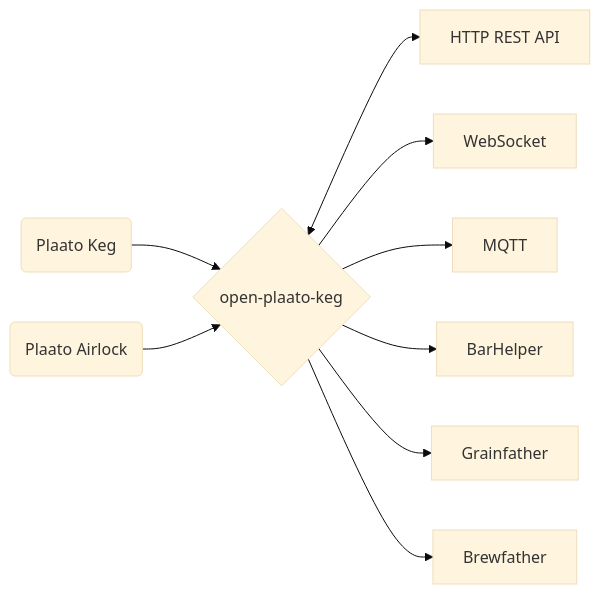
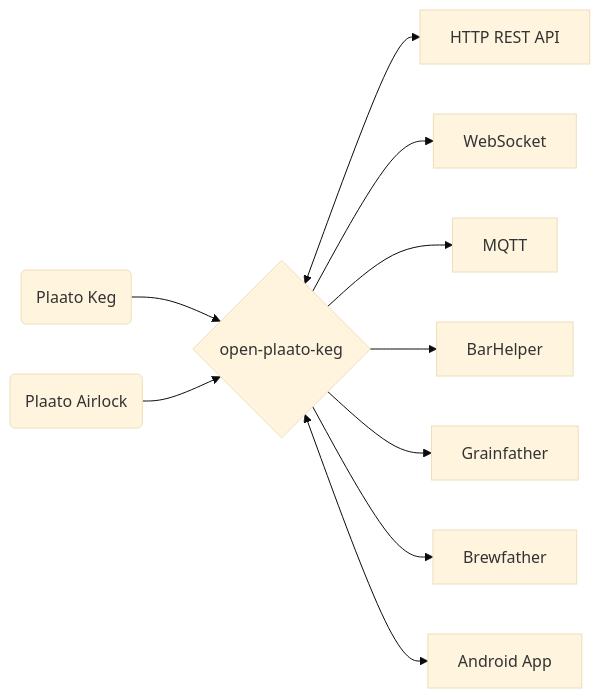
Before and after one commit to DarkJaeger/open-plaato-keg: the second of 2 diagrams in README.md, drawn with Mermaid (base theme). The commit also changed other lines of this file, not shown here.

Commit message:
docs: update README with tap list, beverages, Brewfather, airlock setup, and Android app

````diff
--- a/README.md
+++ b/README.md
@@ -31,11 +32,12 @@
 ```mermaid
 graph LR
     A(Plaato Keg) --> B{open-plaato-keg};
     G(Plaato Airlock) --> B;
     B <--> C[HTTP REST API];
     B --> D[WebSocket];
     B --> E[MQTT];
     B --> F[BarHelper];
     B --> H[Grainfather];
     B --> I[Brewfather];
+    B <--> J[Android App];
 ```
````
